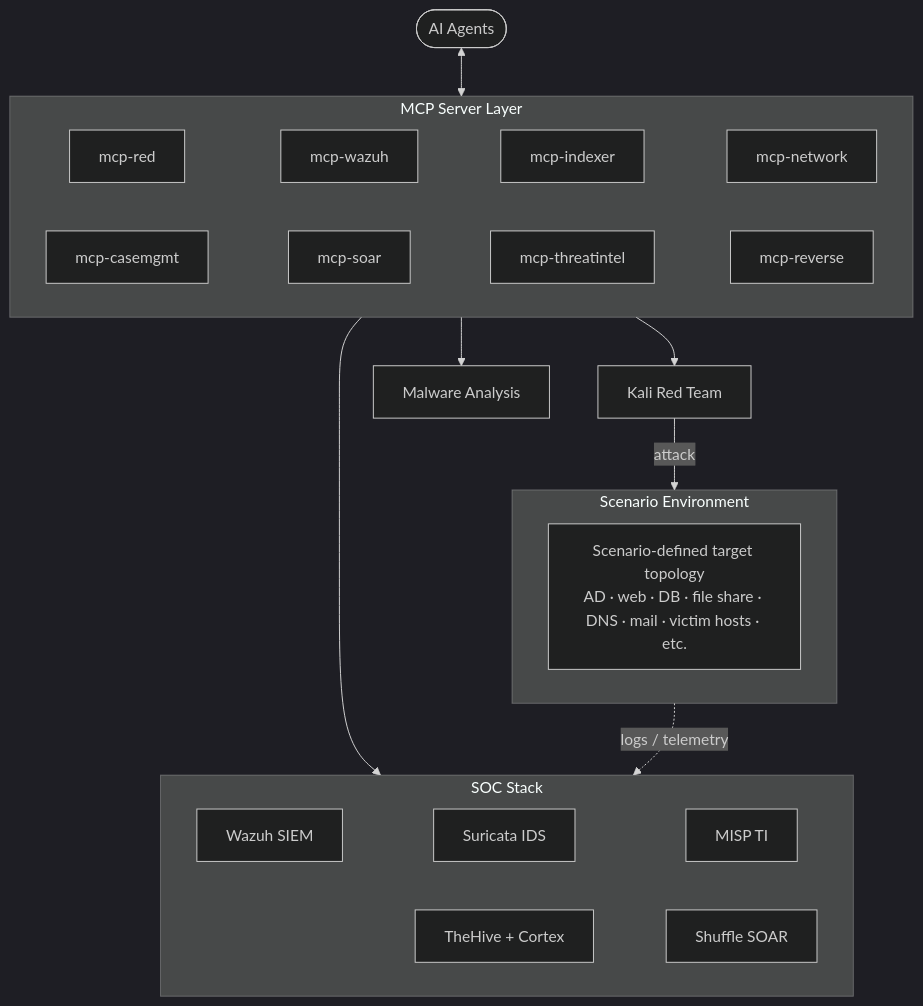
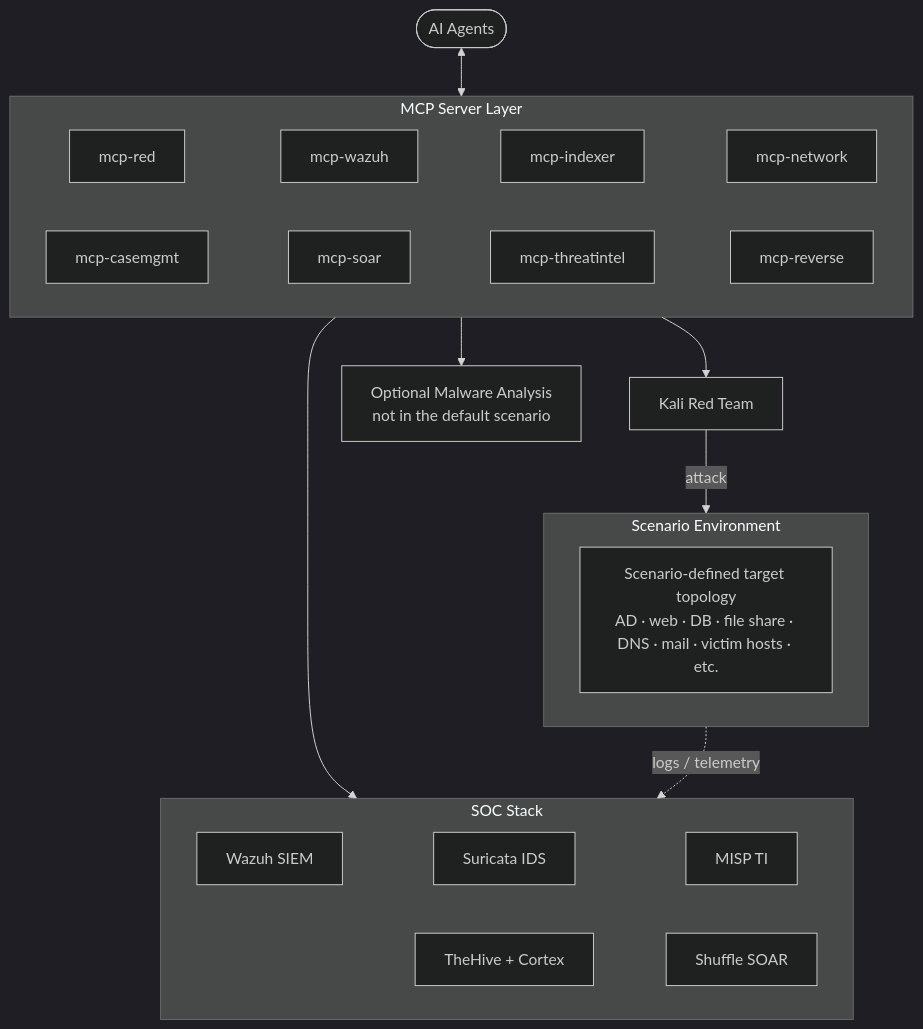
Before and after one commit to Brad-Edwards/aptl: the diagram in README.md, drawn with Mermaid (dark theme). The commit also changed other lines of this file, not shown here.

Commit message:
docs: describe the default topology accurately

````diff
--- a/README.md
+++ b/README.md
@@ -96,31 +95,31 @@
 ```mermaid
 flowchart TD
     AI([AI Agents])
 
     subgraph MCP[MCP Server Layer]
         direction LR
         m1[mcp-red] ~~~ m2[mcp-wazuh] ~~~ m3[mcp-indexer] ~~~ m4[mcp-network]
         m5[mcp-casemgmt] ~~~ m6[mcp-soar] ~~~ m7[mcp-threatintel] ~~~ m8[mcp-reverse]
     end
 
     Kali[Kali Red Team]
-    Reverse[Malware Analysis]
+    Reverse[Optional Malware Analysis<br/>not in the default scenario]
 
     subgraph Scenario[Scenario Environment]
         Targets[Scenario-defined target topology<br/>AD · web · DB · file share · DNS · mail · victim hosts · etc.]
     end
 
     subgraph SOC[SOC Stack]
         direction LR
         S1[Wazuh SIEM] ~~~ S2[Suricata IDS] ~~~ S3[MISP TI]
         S4[TheHive + Cortex] ~~~ S5[Shuffle SOAR]
     end
 
     AI <--> MCP
     MCP --> Kali
     MCP --> SOC
     MCP --> Reverse
 
     Kali -->|attack| Scenario
     Scenario -.->|logs / telemetry| SOC
 ```
````
